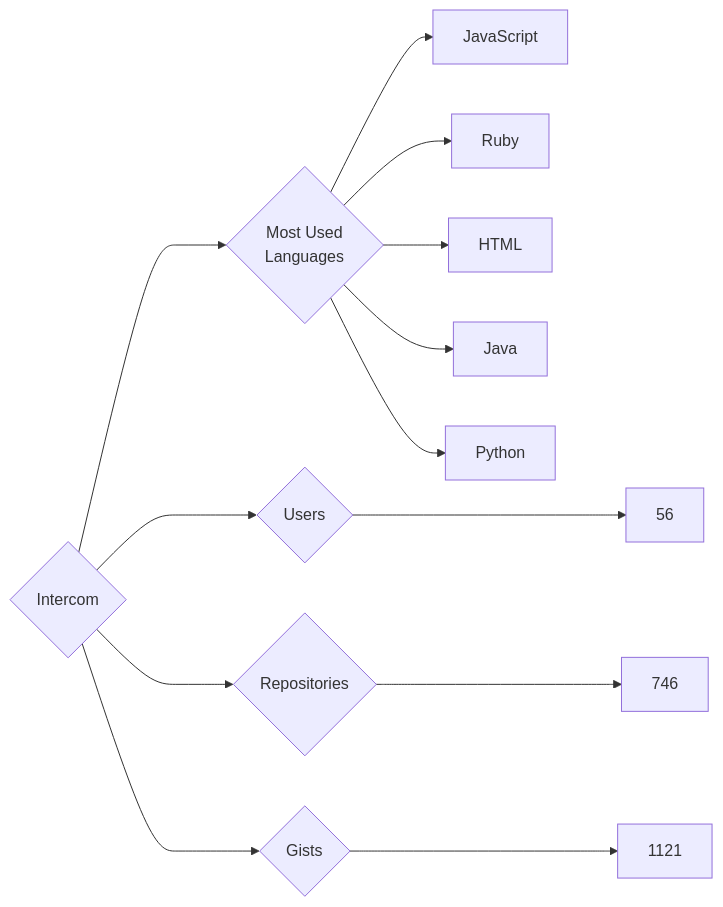
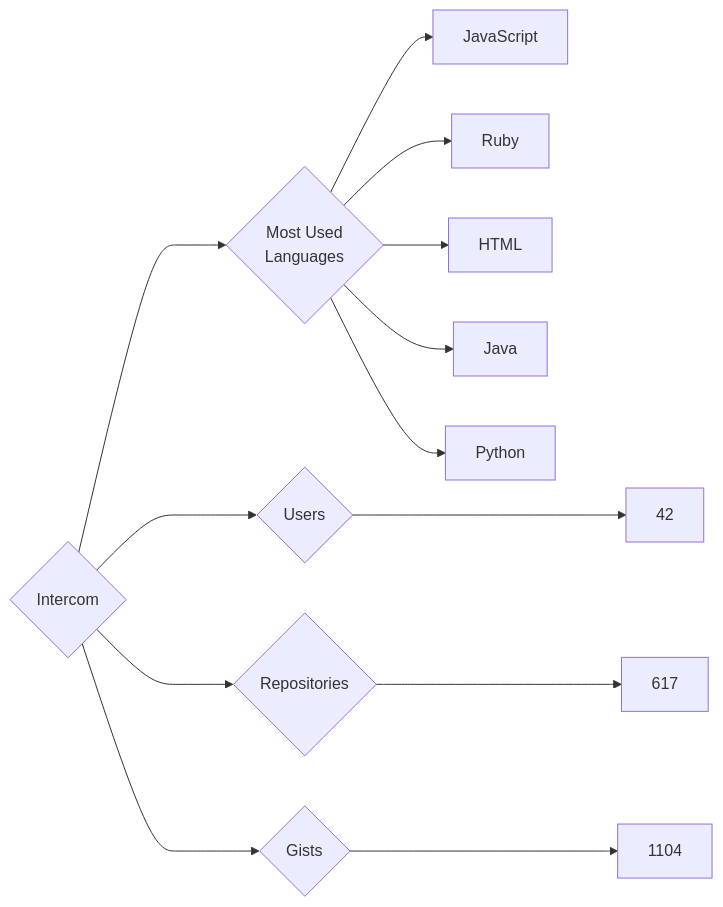
The diagram in targets/Intercom/README.md (trickest/insiders), drawn with Mermaid before and after one commit. The commit also changed 914 other files, not shown here.

````diff
--- a/targets/Intercom/README.md
+++ b/targets/Intercom/README.md
@@ -3,13 +3,13 @@
 ```mermaid
 graph LR
 COMPANY_NAME{Intercom}
-COMPANY_NAME ---> U{Users} ---> UN[56]
-COMPANY_NAME ---> R{Repositories} ---> RN[746]
-COMPANY_NAME ---> G{Gists} ---> GN[1121]
+COMPANY_NAME ---> U{Users} ---> UN[42]
+COMPANY_NAME ---> R{Repositories} ---> RN[617]
+COMPANY_NAME ---> G{Gists} ---> GN[1104]
 COMPANY_NAME ---> ML{Most Used<br>Languages}
 ML --> JavaScript[JavaScript]
 ML --> Ruby[Ruby]
 ML --> HTML[HTML]
 ML --> Java[Java]
 ML --> Python[Python]
 ```
````
